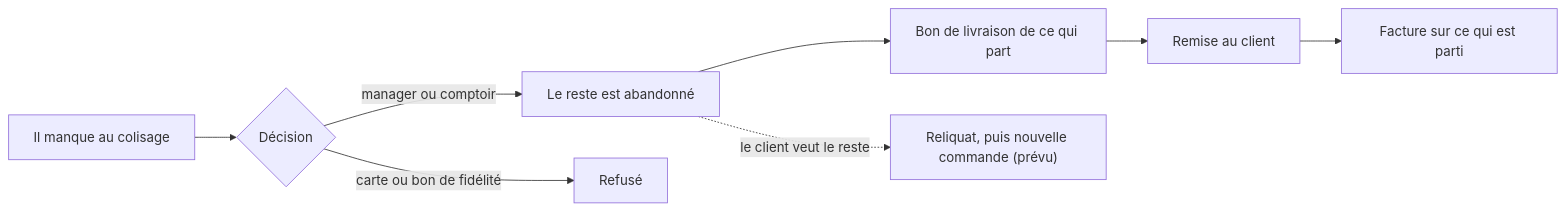
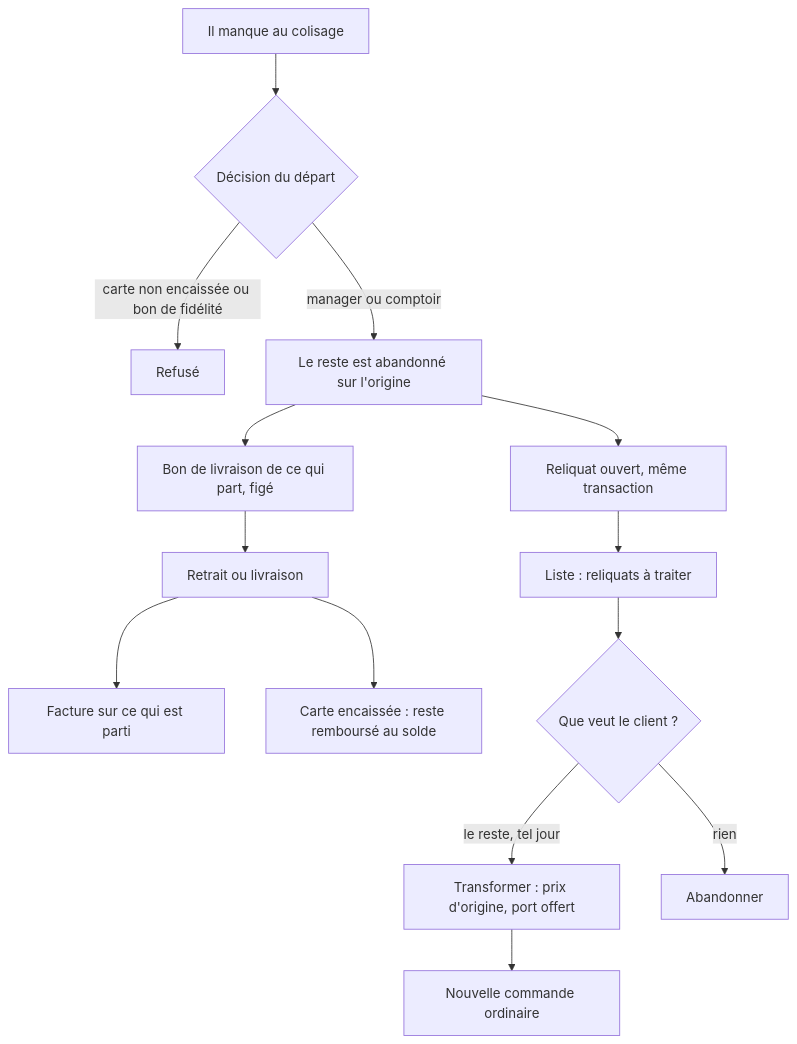
One commit to hugoheynard/lfd changed the first of 3 diagrams in documentation/commandes/reliquat/reliquat.md. Above: the diagram before and after it, drawn with Mermaid. The commit also changed other lines of this file and 109 other files, not shown here.

First line of the commit message:
docs(commandes): le reliquat de commande, doc d'état

````diff
--- a/documentation/commandes/reliquat/reliquat.md
+++ b/documentation/commandes/reliquat/reliquat.md
@@ -35,10 +37,16 @@
 ```mermaid
-flowchart LR
-    M["Il manque au colisage"] --> D{"Décision"}
-    D -->|"manager ou comptoir"| A["Le reste est abandonné"]
-    A --> BL["Bon de livraison de ce qui part"]
-    BL --> R["Remise au client"]
+flowchart TD
+    M["Il manque au colisage"] --> D{"Décision du départ"}
+    D -->|"carte non encaissée ou bon de fidélité"| X["Refusé"]
+    D -->|"manager ou comptoir"| A["Le reste est abandonné sur l'origine"]
+    A --> BL["Bon de livraison de ce qui part, figé"]
+    BL --> R["Retrait ou livraison"]
     R --> F["Facture sur ce qui est parti"]
-    A -.->|"le client veut le reste"| N["Reliquat, puis nouvelle commande (prévu)"]
-    D -->|"carte ou bon de fidélité"| X["Refusé"]
+    R --> E9["Carte encaissée : reste remboursé au solde"]
+    A --> B["Reliquat ouvert, même transaction"]
+    B --> L["Liste : reliquats à traiter"]
+    L --> T{"Que veut le client ?"}
+    T -->|"le reste, tel jour"| CV["Transformer : prix d'origine, port offert"]
+    T -->|"rien"| AB["Abandonner"]
+    CV --> N["Nouvelle commande ordinaire"]
 ```
````
